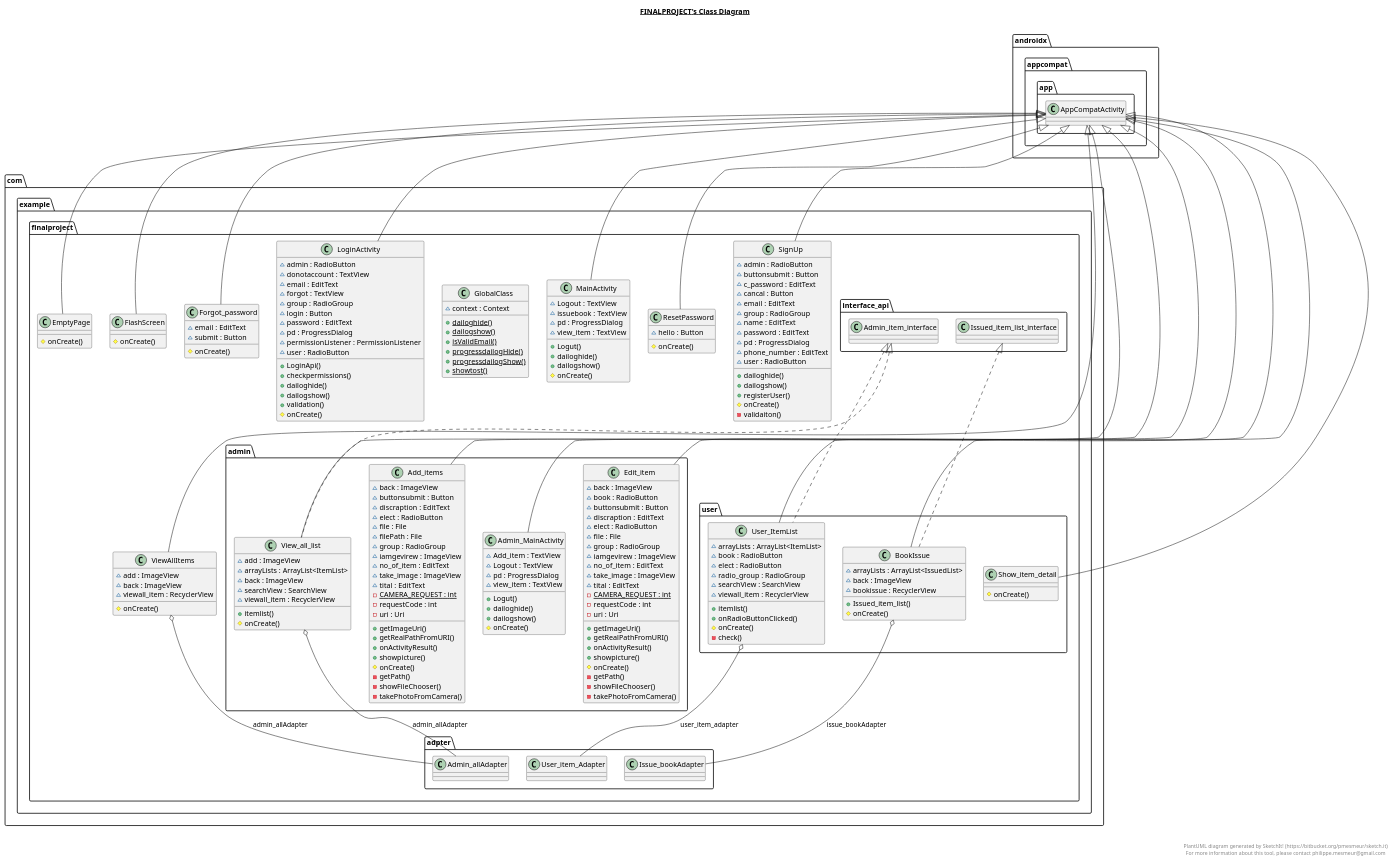
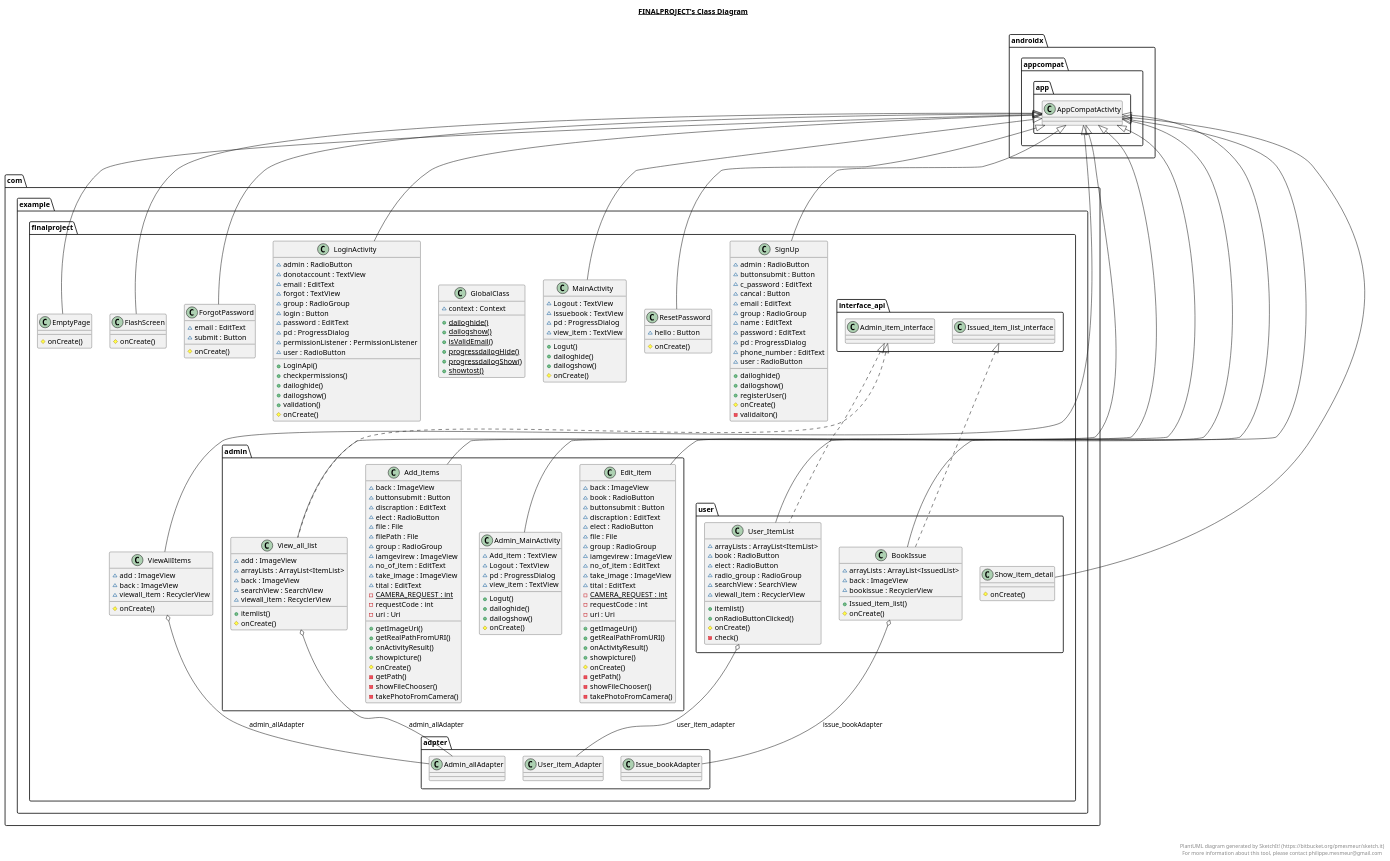
One commit to rubaljp/MAD314-LendSystem-TEAM4 changed the diagram in app/src/main/java/com/example/finalproject/finalproject.plantuml. Above: the diagram before and after it, drawn with PlantUML. The commit also changed 4 other files, not shown here.

```diff
--- a/app/src/main/java/com/example/finalproject/finalproject.plantuml
+++ b/app/src/main/java/com/example/finalproject/finalproject.plantuml
@@ -98,7 +98,7 @@
   
 
   namespace com.example.finalproject {
-    class com.example.finalproject.Forgot_password {
+    class com.example.finalproject.ForgotPassword {
         ~ email : EditText
         ~ submit : Button
         # onCreate()
@@ -239,7 +239,7 @@
   com.example.finalproject.admin.Edit_item -up-|> androidx.appcompat.app.AppCompatActivity
   com.example.finalproject.EmptyPage -up-|> androidx.appcompat.app.AppCompatActivity
   com.example.finalproject.FlashScreen -up-|> androidx.appcompat.app.AppCompatActivity
-  com.example.finalproject.Forgot_password -up-|> androidx.appcompat.app.AppCompatActivity
+  com.example.finalproject.ForgotPassword -up-|> androidx.appcompat.app.AppCompatActivity
   com.example.finalproject.LoginActivity -up-|> androidx.appcompat.app.AppCompatActivity
   com.example.finalproject.MainActivity -up-|> androidx.appcompat.app.AppCompatActivity
   com.example.finalproject.ResetPassword -up-|> androidx.appcompat.app.AppCompatActivity
```
